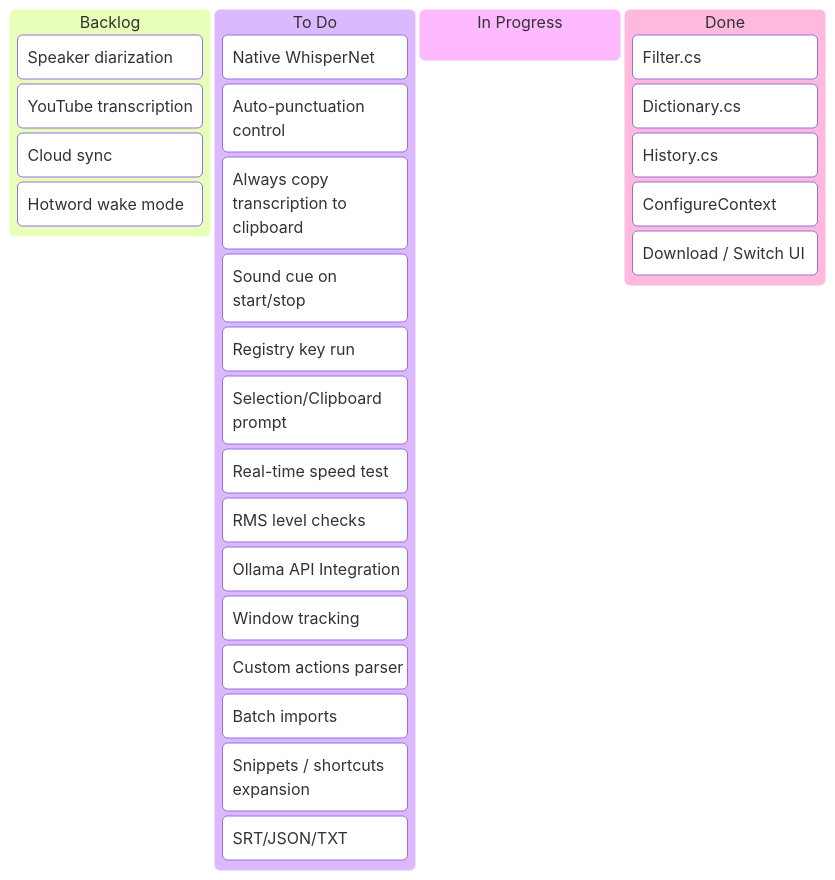
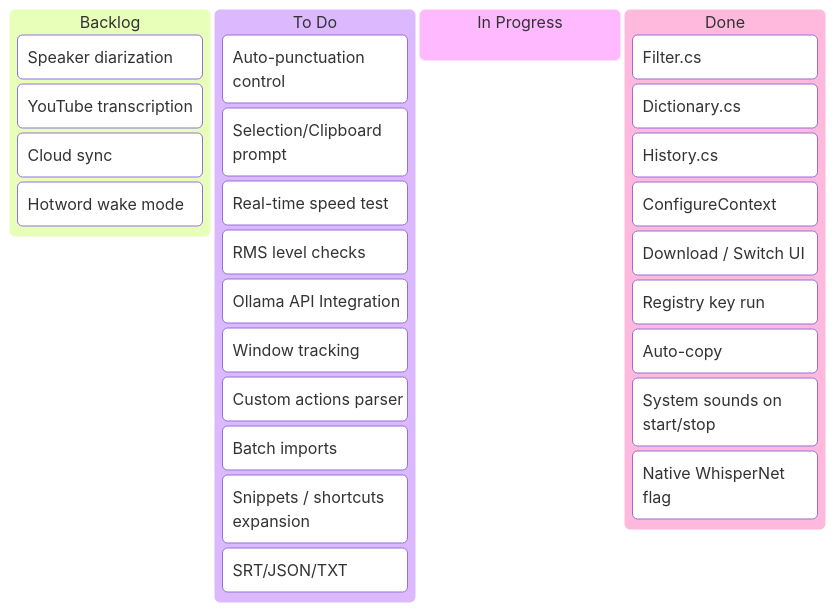
Before and after one commit to joywareapps/WhisperTyper: the diagram in planning/features_kanban.md, drawn with Mermaid. The commit also changed other lines of this file, not shown here.

````diff
--- a/planning/features_kanban.md
+++ b/planning/features_kanban.md
@@ -54,31 +54,31 @@
 ```mermaid
 kanban
   %% Column definitions
   Backlog
     Speaker diarization
     YouTube transcription
     Cloud sync
     Hotword wake mode
   To Do
-    Translation mode (Native WhisperNet)
     Auto-punctuation control
-    Always copy transcription to clipboard
-    Audio feedback (Sound cue on start/stop)
-    Startup with Windows (Registry key run)
     Context window injection (Selection/Clipboard prompt)
     GPU benchmark mode (Real-time speed test)
     Silence timeout (RMS level checks)
     AI text cleanup (Ollama API Integration)
     Per-app profiles (Window tracking)
     Voice commands (Custom actions parser)
     File & audio transcription (Batch imports)
     Snippets / shortcuts expansion
     Export formats (SRT/JSON/TXT)
   In Progress
   Done
     Filler word removal (Filter.cs)
     Custom dictionary (Dictionary.cs)
     History log (History.cs)
     Language quick-switch (ConfigureContext)
     Model manager (Download / Switch UI)
+    Startup with Windows (Registry key run)
+    Transcription clipboard copy (Auto-copy)
+    Audio feedback (System sounds on start/stop)
+    Translation mode (Native WhisperNet flag)
 ```
````
